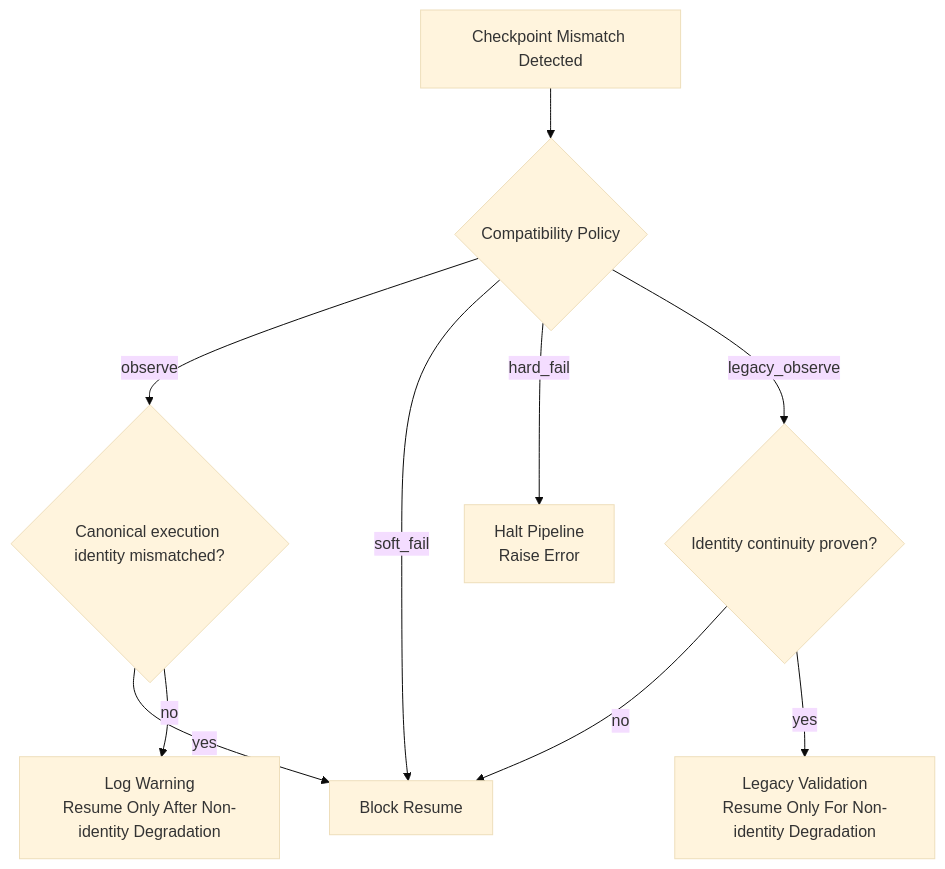
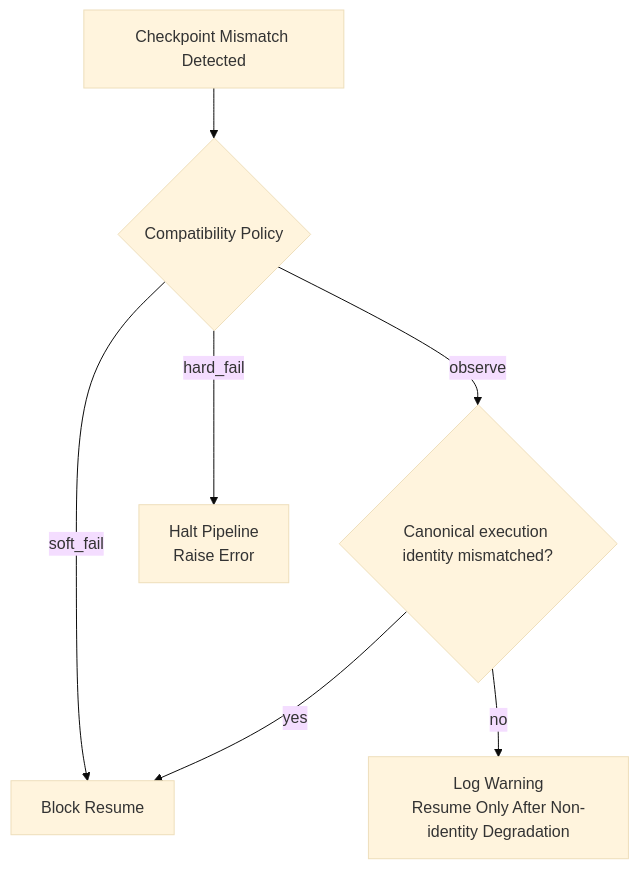
One commit to SatoryKono/BioactivityDataAcquisition changed the diagram in docs/04-reference/contracts/run-manifest-ledger.md. Above: the diagram before and after it, drawn with Mermaid (base theme). The commit also changed other lines of this file and 320 other files, not shown here.

````diff
--- a/docs/04-reference/contracts/run-manifest-ledger.md
+++ b/docs/04-reference/contracts/run-manifest-ledger.md
@@ -320,12 +316,9 @@
 ```mermaid
 graph TD
     A[Checkpoint Mismatch Detected] --> B{Compatibility Policy}
     B -->|observe| C{Canonical execution identity mismatched?}
     C -->|yes| D[Block Resume]
     C -->|no| E[Log Warning\nResume Only After Non-identity Degradation]
     B -->|soft_fail| D
     B -->|hard_fail| H[Halt Pipeline\nRaise Error]
-    B -->|legacy_observe| F{Identity continuity proven?}
-    F -->|no| D
-    F -->|yes| G[Legacy Validation\nResume Only For Non-identity Degradation]
 ```
````
